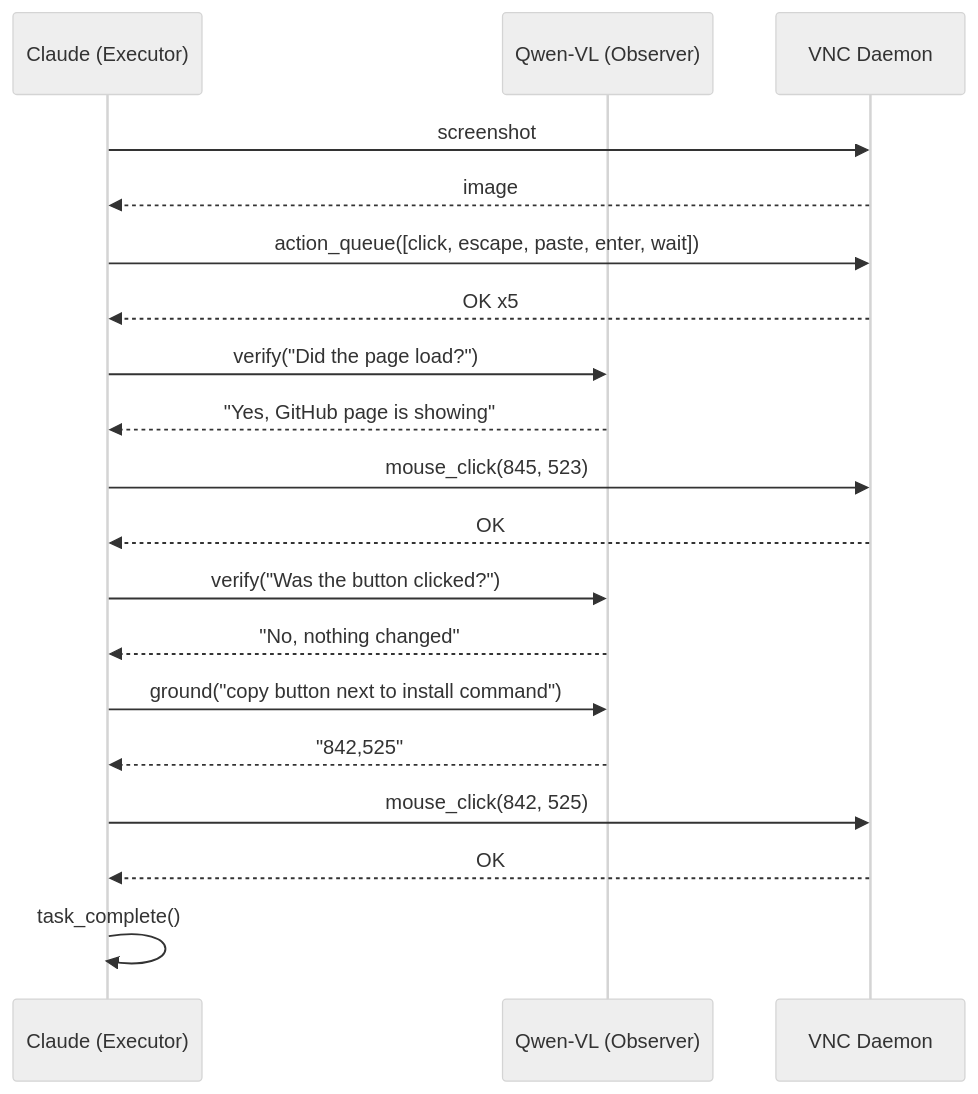
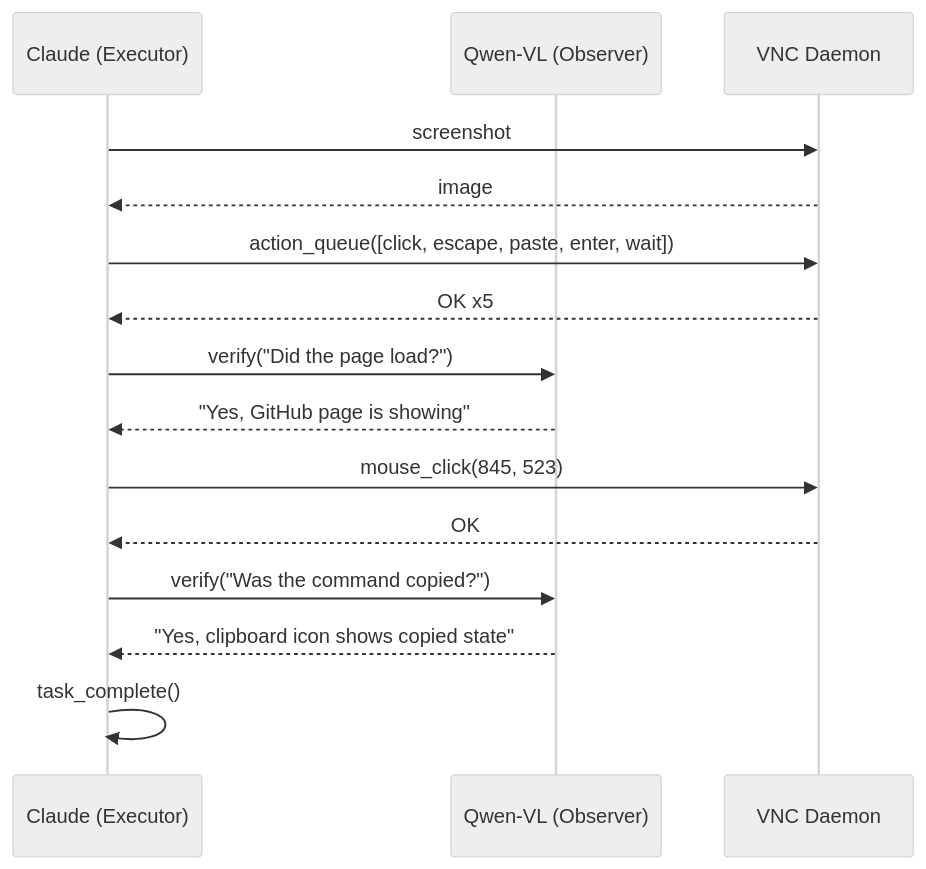
The diagram in test/README.md (ARAS-Workspace/claude-kvm), drawn with Mermaid (neutral theme) before and after one commit. The commit also changed other lines of this file and 5 other files, not shown here.

````diff
--- a/test/README.md
+++ b/test/README.md
@@ -7,25 +7,20 @@
 ```mermaid
 sequenceDiagram
     participant E as Claude (Executor)
     participant O as Qwen-VL (Observer)
     participant V as VNC Daemon
 
     E->>V: screenshot
     V-->>E: image
     E->>V: action_queue([click, escape, paste, enter, wait])
     V-->>E: OK x5
     E->>O: verify("Did the page load?")
     O-->>E: "Yes, GitHub page is showing"
 
     E->>V: mouse_click(845, 523)
     V-->>E: OK
-    E->>O: verify("Was the button clicked?")
-    O-->>E: "No, nothing changed"
-
-    E->>O: ground("copy button next to install command")
-    O-->>E: "842,525"
-    E->>V: mouse_click(842, 525)
-    V-->>E: OK
+    E->>O: verify("Was the command copied?")
+    O-->>E: "Yes, clipboard icon shows copied state"
 
     E->>E: task_complete()
 ```
````
